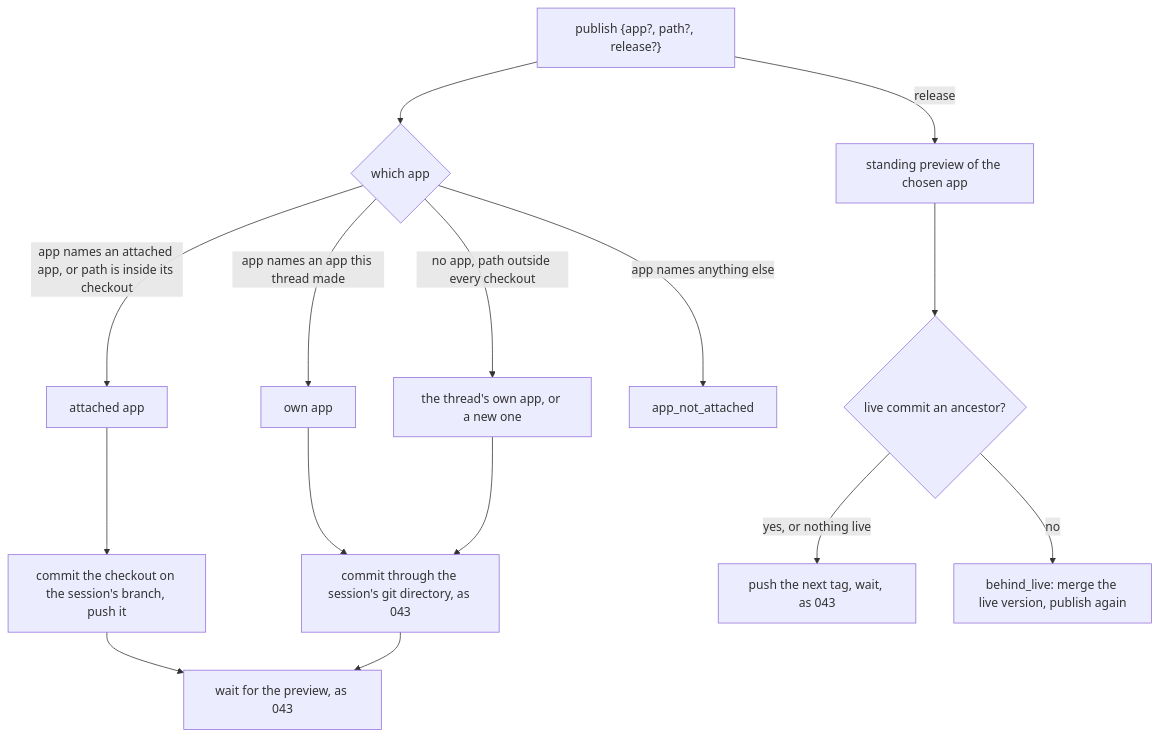
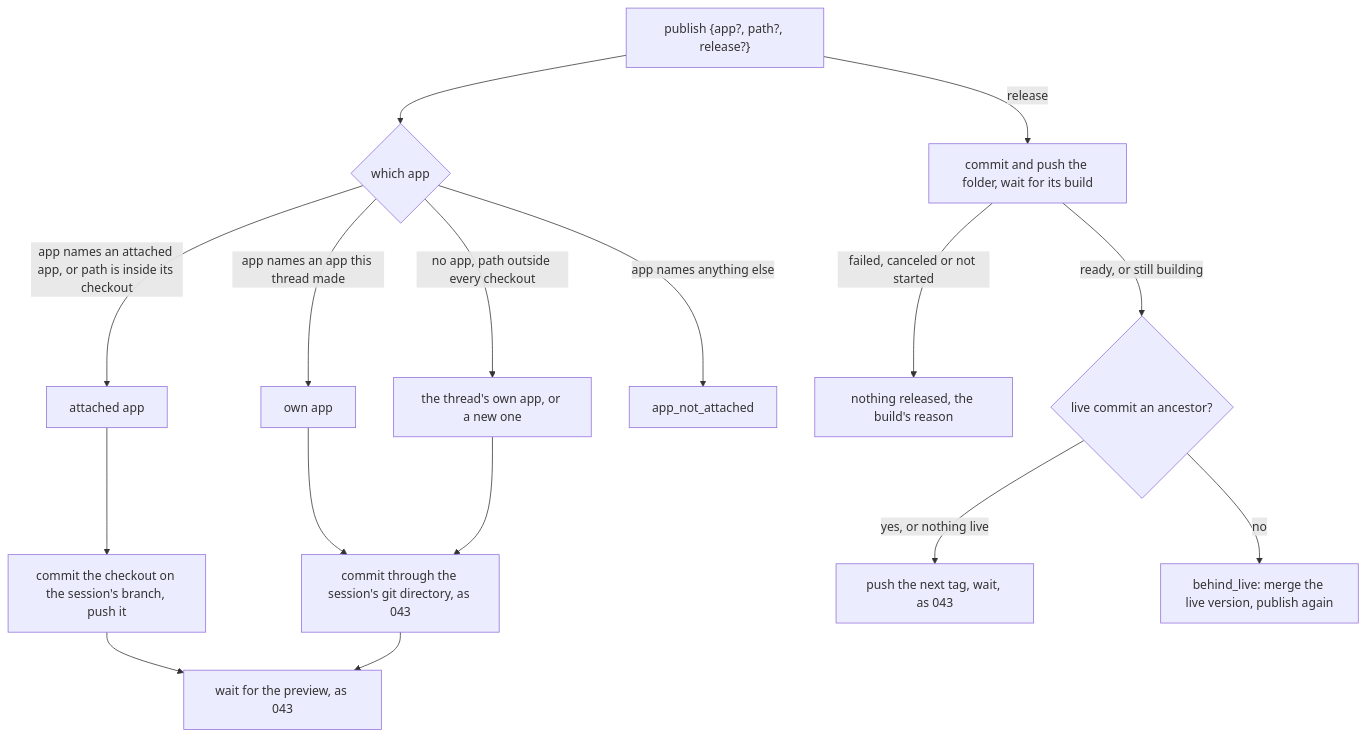
Before and after one commit to latere-ai/topos: the diagram in specs/059-publishing-to-a-chosen-app.md, drawn with Mermaid. The commit also changed other lines of this file and 2 other files, not shown here.

Commit message:
specs: 059 puts a change live with one approval, and 043's release no longer needs a preview

````diff
--- a/specs/059-publishing-to-a-chosen-app.md
+++ b/specs/059-publishing-to-a-chosen-app.md
@@ -68,17 +84,18 @@
 ```mermaid
 flowchart TD
   C["publish {app?, path?, release?}"] --> W{which app}
   W -->|"app names an attached app, or path is inside its checkout"| AT[attached app]
   W -->|"app names an app this thread made"| OWN[own app]
   W -->|"no app, path outside every checkout"| OWN2[the thread's own app, or a new one]
   W -->|"app names anything else"| R1[app_not_attached]
   AT --> P1[commit the checkout on the session's branch, push it]
   OWN --> P2[commit through the session's git directory, as 043]
   OWN2 --> P2
   P1 --> WAIT[wait for the preview, as 043]
   P2 --> WAIT
-  C -->|release| S[standing preview of the chosen app]
-  S --> L{live commit an ancestor?}
+  C -->|release| P3[commit and push the folder, wait for its build]
+  P3 -->|failed, canceled or not started| R3[nothing released, the build's reason]
+  P3 -->|ready, or still building| L{live commit an ancestor?}
   L -->|yes, or nothing live| T[push the next tag, wait, as 043]
   L -->|no| R2[behind_live: merge the live version, publish again]
 ```
````
